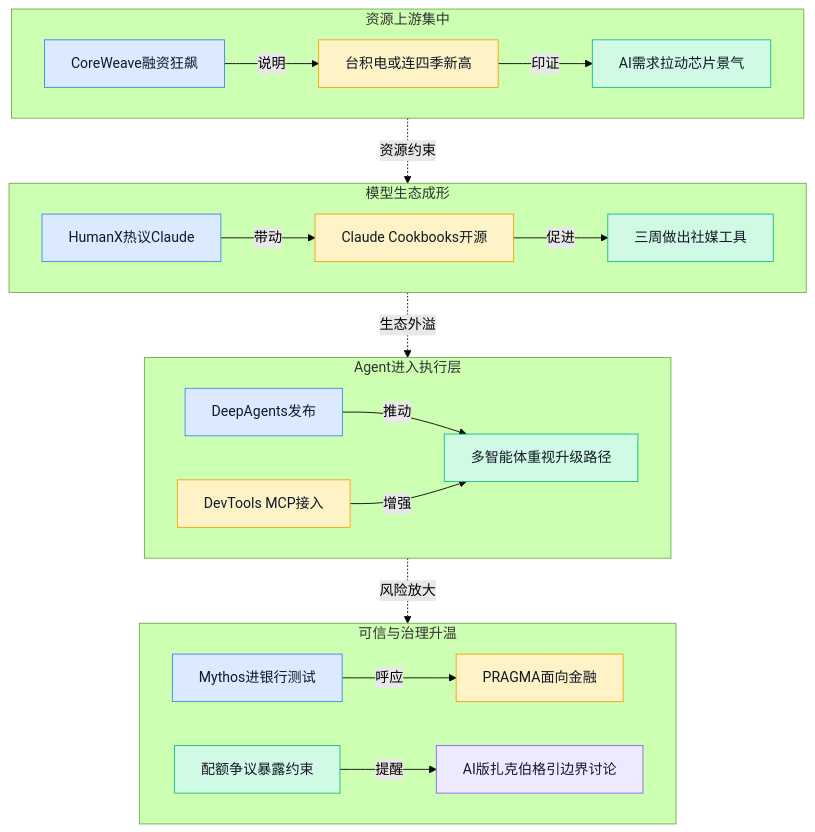
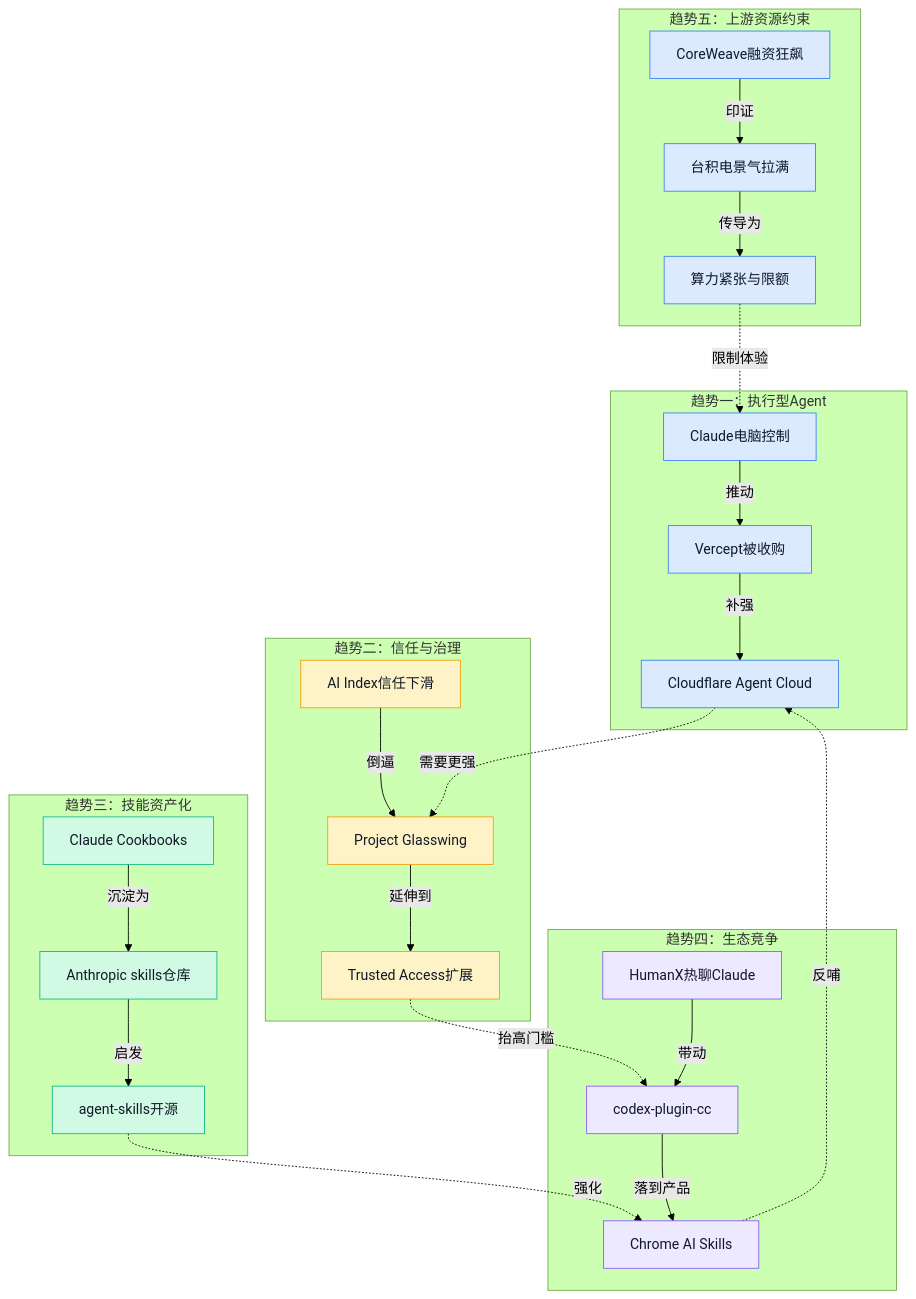
The eighth of 8 diagrams in content/cn/blog/weekly/2026-W16.md (ylzsdafei/ai-daily-site), drawn with Mermaid (forest theme) before and after one commit. The commit also changed other lines of this file and 6 other files, not shown here.

````diff
--- a/content/cn/blog/weekly/2026-W16.md
+++ b/content/cn/blog/weekly/2026-W16.md
@@ -237,52 +262,52 @@
 ```mermaid
 graph TD
-subgraph T1[资源上游集中]
-A1[CoreWeave融资狂飙]
-A2[台积电或连四季新高]
-A3[AI需求拉动芯片景气]
+subgraph T1[趋势一：执行型Agent]
+A1[Claude电脑控制]
+A2[Vercept被收购]
+A3[Cloudflare Agent Cloud]
 end
-subgraph T2[模型生态成形]
-B1[HumanX热议Claude]
-B2[Claude Cookbooks开源]
-B3[三周做出社媒工具]
+subgraph T2[趋势二：信任与治理]
+B1[AI Index信任下滑]
+B2[Project Glasswing]
+B3[Trusted Access扩展]
 end
-subgraph T3[Agent进入执行层]
-C1[DeepAgents发布]
-C2[DevTools MCP接入]
-C3[多智能体重视升级路径]
+subgraph T3[趋势三：技能资产化]
+C1[Claude Cookbooks]
+C2[Anthropic skills仓库]
+C3[agent-skills开源]
 end
-subgraph T4[可信与治理升温]
-D1[Mythos进银行测试]
-D2[PRAGMA面向金融]
-D3[配额争议暴露约束]
-D4[AI版扎克伯格引边界讨论]
+subgraph T4[趋势四：生态竞争]
+D1[HumanX热聊Claude]
+D2[codex-plugin-cc]
+D3[Chrome AI Skills]
 end
-A1 -->|说明| A2
-A2 -->|印证| A3
-B1 -->|带动| B2
-B2 -->|促进| B3
-C1 -->|推动| C3
-C2 -->|增强| C3
-D1 -->|呼应| D2
-D3 -->|提醒| D4
-T1 -.->|资源约束| T2
-T2 -.->|生态外溢| T3
-T3 -.->|风险放大| T4
-A1:::blue
-A2:::yellow
-A3:::green
-B1:::blue
-B2:::yellow
-B3:::green
-C1:::blue
-C2:::yellow
-C3:::green
-D1:::blue
-D2:::yellow
-D3:::green
-D4:::purple
+subgraph T5[趋势五：上游资源约束]
+E1[CoreWeave融资狂飙]
+E2[台积电景气拉满]
+E3[算力紧张与限额]
+end
+A1 -->|推动| A2
+A2 -->|补强| A3
+B1 -->|倒逼| B2
+B2 -->|延伸到| B3
+C1 -->|沉淀为| C2
+C2 -->|启发| C3
+D1 -->|带动| D2
+D2 -->|落到产品| D3
+E1 -->|印证| E2
+E2 -->|传导为| E3
+E3 -.->|限制体验| A1
+A3 -.->|需要更强| B2
+B3 -.->|抬高门槛| D2
+C3 -.->|强化| D3
+D3 -.->|反哺| A3
 classDef blue fill:#dbeafe,stroke:#3b82f6,color:#111827
 classDef yellow fill:#fef3c7,stroke:#f59e0b,color:#111827
 classDef green fill:#d1fae5,stroke:#10b981,color:#111827
 classDef purple fill:#ede9fe,stroke:#8b5cf6,color:#111827
+class A1,A2,A3 blue
+class B1,B2,B3 yellow
+class C1,C2,C3 green
+class D1,D2,D3 purple
+class E1,E2,E3 blue
 ```
````
